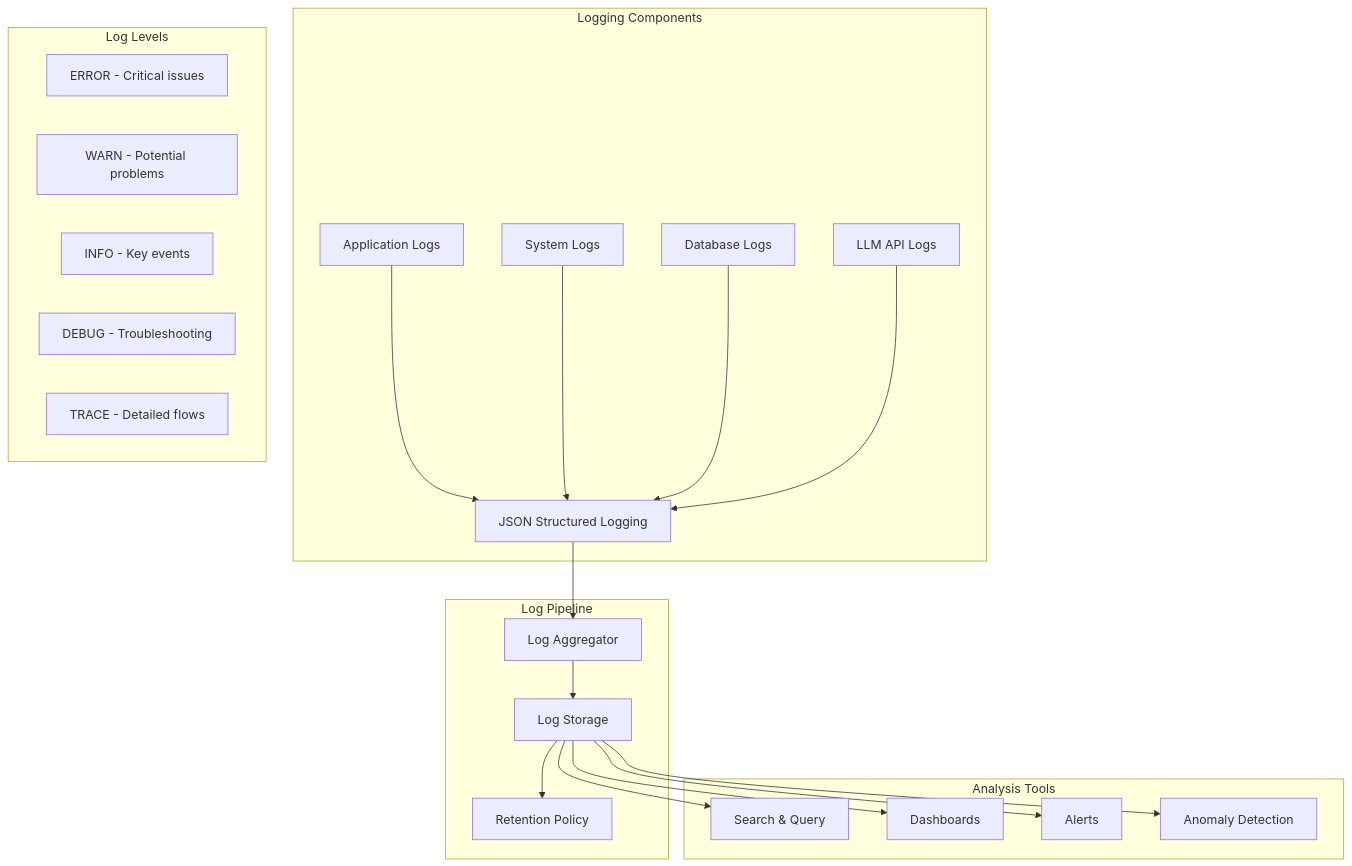
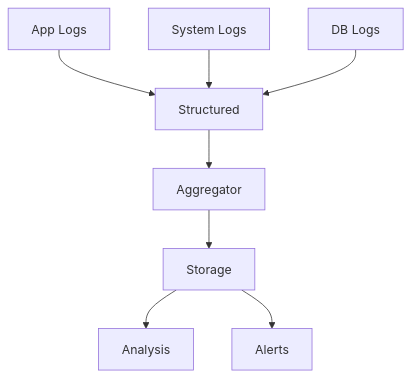
Before and after one commit to CRollins6020/CRollins6020: diagram 14 of 21 in User-Guides/LangChain Agent Platform Admin Guide.md, drawn with Mermaid. The commit also changed other lines of this file, not shown here.

````diff
--- a/User-Guides/LangChain Agent Platform Admin Guide.md
+++ b/User-Guides/LangChain Agent Platform Admin Guide.md
@@ -2538,30 +2505,8 @@
 ```mermaid
-graph TD
-    subgraph "Logging Components"
-        A[Application Logs] --> B[JSON Structured Logging]
-        C[System Logs] --> B
-        D[Database Logs] --> B
-        E[LLM API Logs] --> B
-    end
-    
-    subgraph "Log Pipeline"
-        B --> F[Log Aggregator]
-        F --> G[Log Storage]
-        G --> H[Retention Policy]
-    end
-    
-    subgraph "Analysis Tools"
-        G --> I[Search & Query]
-        G --> J[Dashboards]
-        G --> K[Alerts]
-        G --> L[Anomaly Detection]
-    end
-    
-    subgraph "Log Levels"
-        M[ERROR - Critical issues]
-        N[WARN - Potential problems]
-        O[INFO - Key events]
-        P[DEBUG - Troubleshooting]
-        Q[TRACE - Detailed flows]
-    end
+  graph TD
+    A[App Logs]-->B[Structured]-->C[Aggregator]
+    D[System Logs]-->B
+    E[DB Logs]-->B
+    C-->F[Storage]-->G[Analysis] & H[Alerts]
+
 ```
````
